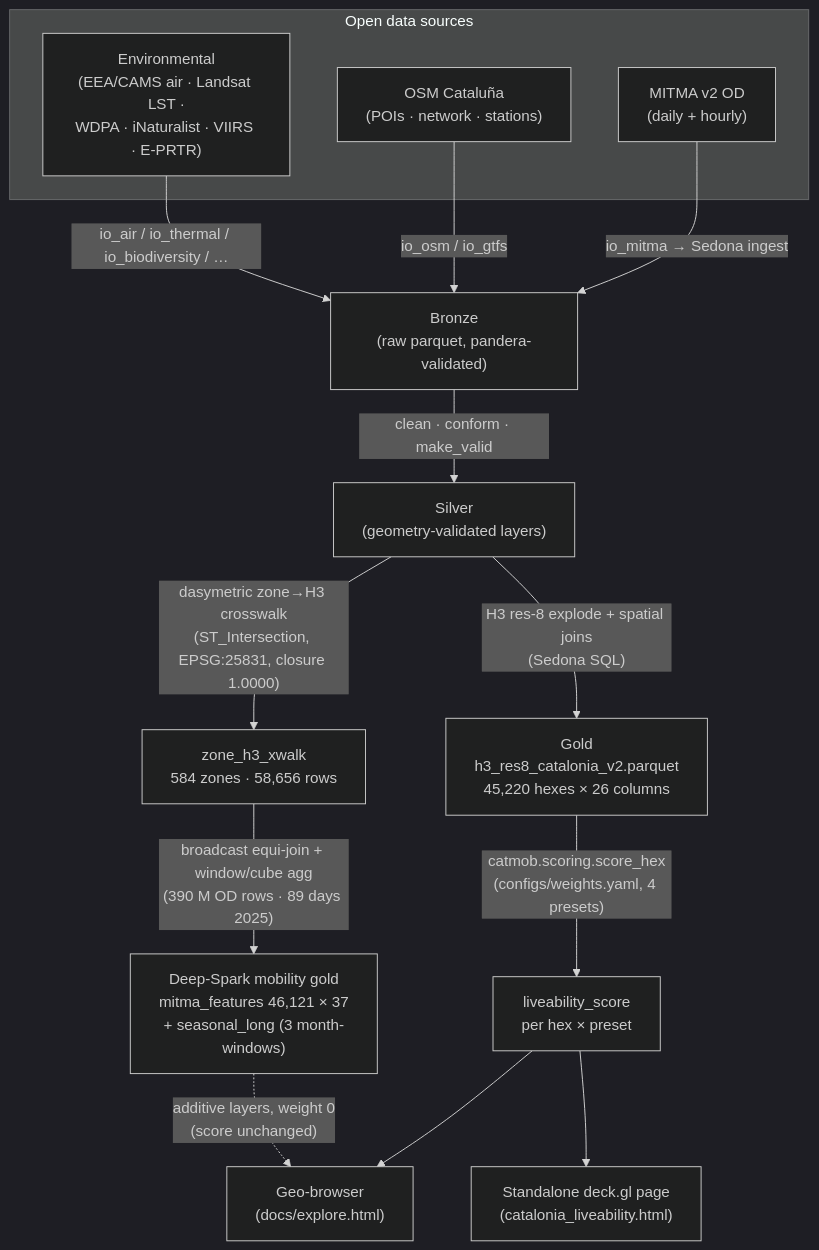
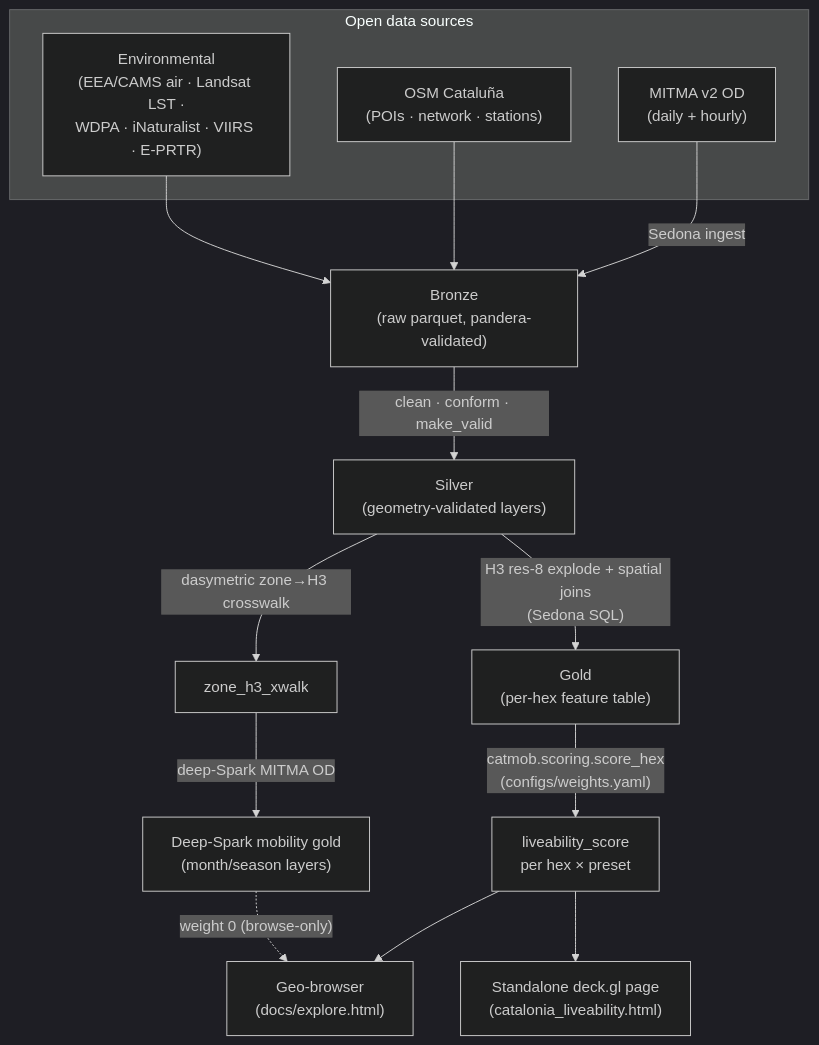
The diagram in README.md (lunasilvestre/mitma-sedona), drawn with Mermaid (dark theme) before and after one commit. The commit also changed other lines of this file, not shown here.

````diff
--- a/README.md
+++ b/README.md
@@ -80,23 +47,23 @@
 ```mermaid
 flowchart TD
     subgraph sources["Open data sources"]
         MITMA["MITMA v2 OD<br>(daily + hourly)"]
         OSM["OSM Cataluña<br>(POIs · network · stations)"]
         ENV["Environmental<br>(EEA/CAMS air · Landsat LST ·<br>WDPA · iNaturalist · VIIRS · E-PRTR)"]
     end
 
-    MITMA -->|"io_mitma → Sedona ingest"| BRONZE["Bronze<br>(raw parquet, pandera-validated)"]
-    OSM -->|"io_osm / io_gtfs"| BRONZE
-    ENV -->|"io_air / io_thermal / io_biodiversity / …"| BRONZE
+    MITMA -->|"Sedona ingest"| BRONZE["Bronze<br>(raw parquet, pandera-validated)"]
+    OSM --> BRONZE
+    ENV --> BRONZE
 
     BRONZE -->|"clean · conform · make_valid"| SILVER["Silver<br>(geometry-validated layers)"]
-    SILVER -->|"H3 res-8 explode + spatial joins<br>(Sedona SQL)"| GOLD["Gold<br>h3_res8_catalonia_v2.parquet<br>45,220 hexes × 26 columns"]
+    SILVER -->|"H3 res-8 explode + spatial joins<br>(Sedona SQL)"| GOLD["Gold<br>(per-hex feature table)"]
 
-    GOLD -->|"catmob.scoring.score_hex<br>(configs/weights.yaml, 4 presets)"| SCORE["liveability_score<br>per hex × preset"]
+    GOLD -->|"catmob.scoring.score_hex<br>(configs/weights.yaml)"| SCORE["liveability_score<br>per hex × preset"]
     SCORE --> BROWSER["Geo-browser<br>(docs/explore.html)"]
     SCORE --> DECK["Standalone deck.gl page<br>(catalonia_liveability.html)"]
 
-    SILVER -->|"dasymetric zone→H3 crosswalk<br>(ST_Intersection, EPSG:25831, closure 1.0000)"| XWALK["zone_h3_xwalk<br>584 zones · 58,656 rows"]
-    XWALK -->|"broadcast equi-join + window/cube agg<br>(390 M OD rows · 89 days 2025)"| MOBGOLD["Deep-Spark mobility gold<br>mitma_features 46,121 × 37<br>+ seasonal_long (3 month-windows)"]
-    MOBGOLD -.->|"additive layers, weight 0<br>(score unchanged)"| BROWSER
+    SILVER -->|"dasymetric zone→H3 crosswalk"| XWALK["zone_h3_xwalk"]
+    XWALK -->|"deep-Spark MITMA OD"| MOBGOLD["Deep-Spark mobility gold<br>(month/season layers)"]
+    MOBGOLD -.->|"weight 0 (browse-only)"| BROWSER
 ```
````
